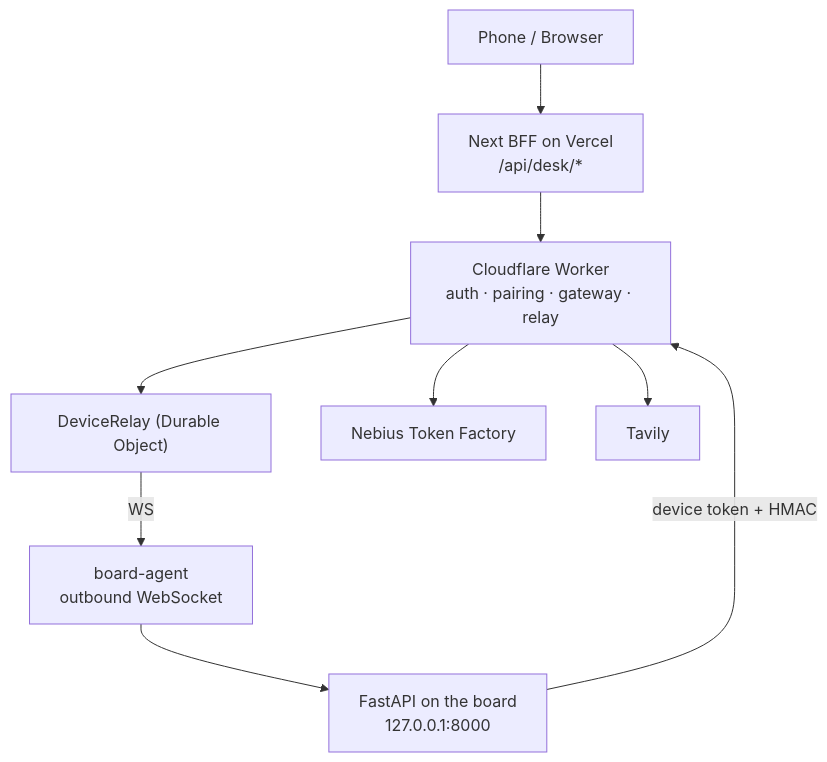
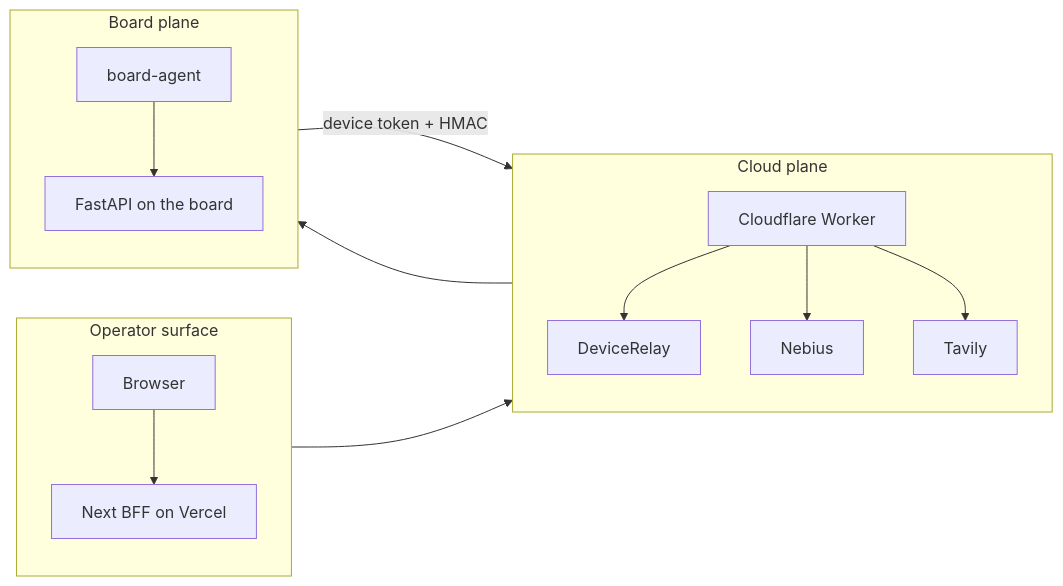
Before and after one commit to altaga/nebius-desk: the fifth of 6 diagrams in README.md, drawn with Mermaid. The commit also changed other lines of this file and 14 other files, not shown here.

First line of the commit message:
Document routing and surface cloud board runtime details.

````diff
--- a/README.md
+++ b/README.md
@@ -150,17 +301,25 @@
 ```mermaid
-flowchart TB
-  Client["Phone / Browser"]
-  BFF["Next BFF on Vercel<br/>/api/desk/*"]
-  Worker["Cloudflare Worker<br/>auth · pairing · gateway · relay"]
-  Relay["DeviceRelay (Durable Object)"]
-  Agent["board-agent<br/>outbound WebSocket"]
-  API["FastAPI on the board<br/>127.0.0.1:8000"]
-  Nebius["Nebius Token Factory"]
-  Tavily["Tavily"]
+flowchart LR
+  subgraph Surface["Operator surface"]
+    direction TB
+    Client["Browser"] --> BFF["Next BFF on Vercel"]
+  end
+  subgraph Cloud["Cloud plane"]
+    direction TB
+    Worker["Cloudflare Worker"]
+    Relay["DeviceRelay"]
+    Nebius["Nebius"]
+    Tavily["Tavily"]
+  end
+  subgraph Board["Board plane"]
+    direction TB
+    Agent["board-agent"] --> API["FastAPI on the board"]
+  end
 
-  Client --> BFF --> Worker --> Relay
-  Relay -->|WS| Agent --> API
-  API -->|device token + HMAC| Worker
+  BFF --> Worker
+  Worker --> Relay
   Worker --> Nebius
   Worker --> Tavily
+  Relay --> Agent
+  API -->|"device token + HMAC"| Worker
 ```
````
